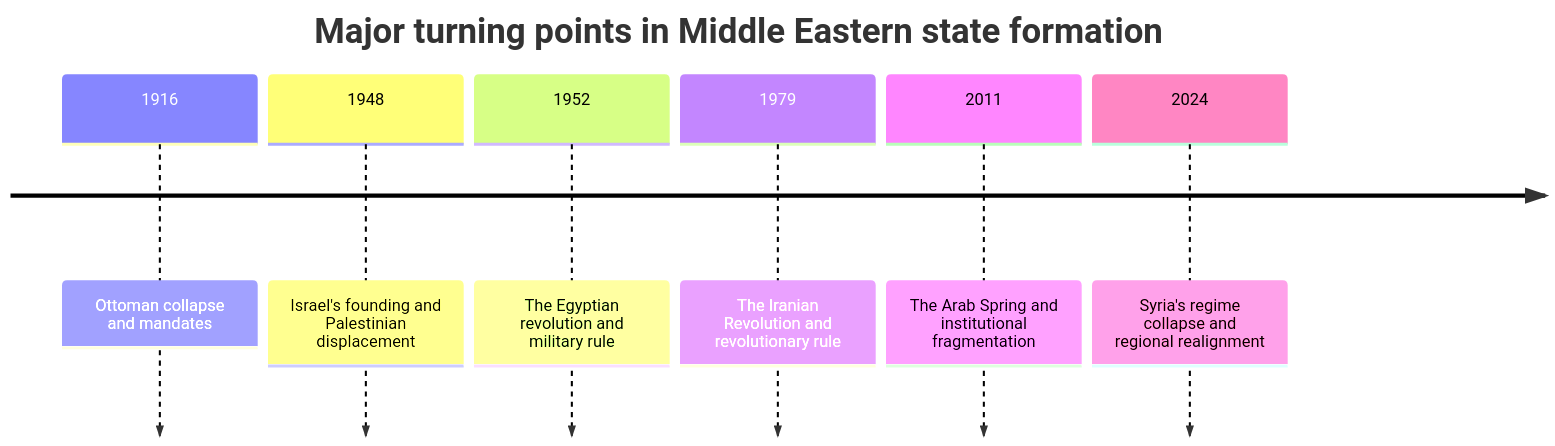
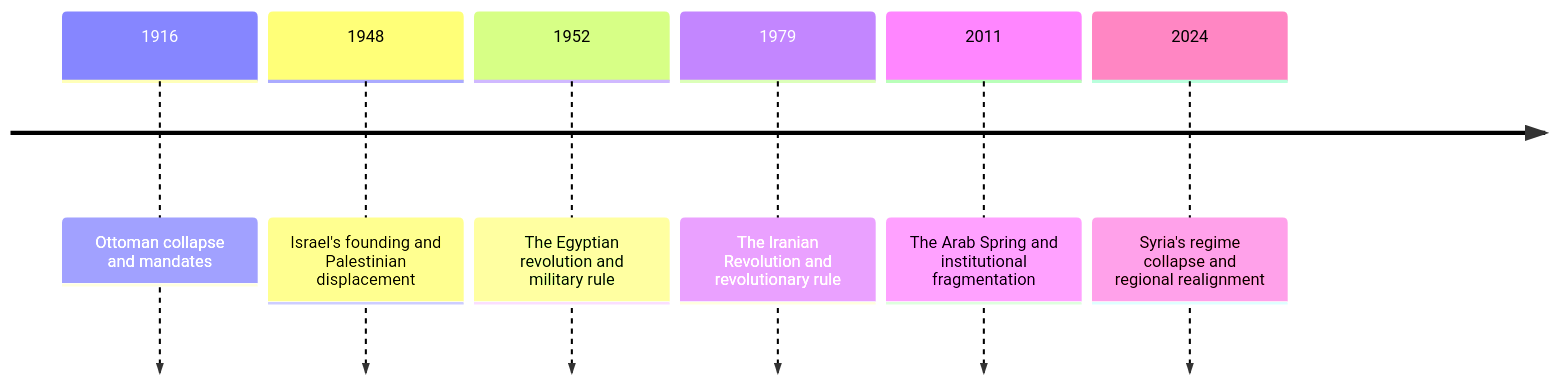
One commit to daylight55/research changed the first of 2 diagrams in articles/report/middle-east-country-histories-current-issues/en/index.mdx. Above: the diagram before and after it, drawn with Mermaid. The commit also changed other lines of this file and 181 other files, not shown here.

First line of the commit message:
全記事の図解368点を再生成し、共通注意書きを削除 (#402)

````diff
--- a/articles/report/middle-east-country-histories-current-issues/en/index.mdx
+++ b/articles/report/middle-east-country-histories-current-issues/en/index.mdx
@@ -29,10 +29,13 @@
 ```mermaid
 timeline
-    title Major turning points in Middle Eastern state formation
+  accTitle: State formation and regional-order changes in the Middle East
+  accDescr: Trace imperial dissolution, state formation, revolution and changes since 2011 without reducing different countries to a single trajectory.
+  accTitle: State formation and regional-order changes in the Middle East
+  accDescr: Trace imperial dissolution, state formation, revolution and changes since 2011 without reducing different countries to a single trajectory.
     1916 : Ottoman collapse and mandates
     1948 : Israel's founding and Palestinian displacement
     1952 : The Egyptian revolution and military rule
     1979 : The Iranian Revolution and revolutionary rule
     2011 : The Arab Spring and institutional fragmentation
     2024 : Syria's regime collapse and regional realignment
 ```
````
